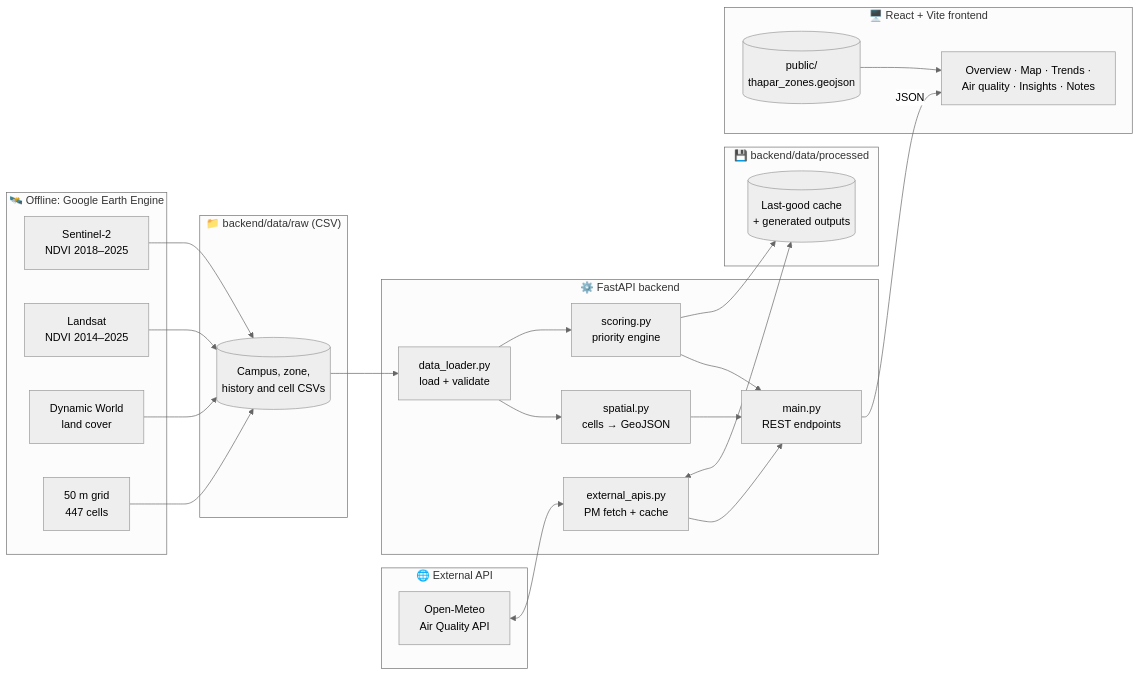
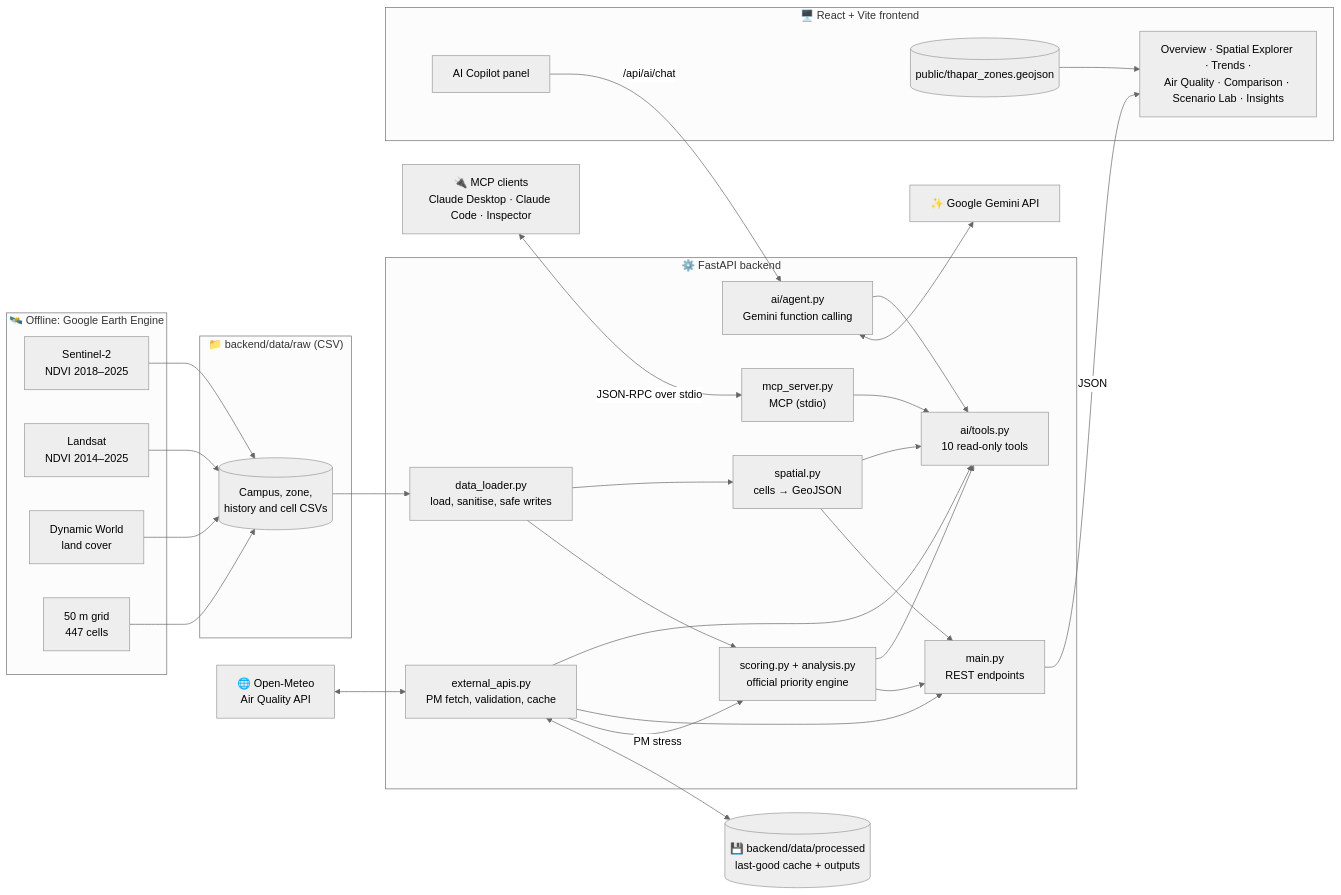
One commit to vijayshreepathak/GreenPulse-Ai changed the first of 4 diagrams in README.md. Above: the diagram before and after it, drawn with Mermaid (neutral theme). The commit also changed other lines of this file and 156 other files, not shown here.

First line of the commit message:
Premium dashboard, Gemini AI Copilot and MCP server

````diff
--- a/README.md
+++ b/README.md
@@ -142,43 +124,47 @@
 ```mermaid
 flowchart LR
     subgraph EO["🛰️ Offline: Google Earth Engine"]
         S2["Sentinel-2<br/>NDVI 2018–2025"]
         LS["Landsat<br/>NDVI 2014–2025"]
         DW["Dynamic World<br/>land cover"]
         GRID["50 m grid<br/>447 cells"]
     end
 
     subgraph RAW["📁 backend/data/raw (CSV)"]
         CSV[("Campus, zone,<br/>history and cell CSVs")]
     end
 
-    subgraph EXT["🌐 External API"]
-        OM["Open-Meteo<br/>Air Quality API"]
+    OM["🌐 Open-Meteo<br/>Air Quality API"]
+    GEM["✨ Google Gemini API"]
+
+    subgraph BE["⚙️ FastAPI backend"]
+        DL["data_loader.py<br/>load, sanitise, safe writes"]
+        SC["scoring.py + analysis.py<br/>official priority engine"]
+        SP["spatial.py<br/>cells → GeoJSON"]
+        EA["external_apis.py<br/>PM fetch, validation, cache"]
+        API["main.py<br/>REST endpoints"]
+        TOOLS["ai/tools.py<br/>10 read-only tools"]
+        AGENT["ai/agent.py<br/>Gemini function calling"]
+        MCPS["mcp_server.py<br/>MCP (stdio)"]
     end
 
-    subgraph BE["⚙️ FastAPI backend"]
-        DL["data_loader.py<br/>load + validate"]
-        SC["scoring.py<br/>priority engine"]
-        SP["spatial.py<br/>cells → GeoJSON"]
-        EA["external_apis.py<br/>PM fetch + cache"]
-        API["main.py<br/>REST endpoints"]
+    CACHE[("💾 backend/data/processed<br/>last-good cache + outputs")]
+
+    subgraph FE["🖥️ React + Vite frontend"]
+        UI["Overview · Spatial Explorer · Trends ·<br/>Air Quality · Comparison · Scenario Lab · Insights"]
+        COP["AI Copilot panel"]
+        GEO[("public/thapar_zones.geojson")]
     end
 
-    subgraph PROC["💾 backend/data/processed"]
-        CACHE[("Last-good cache<br/>+ generated outputs")]
-    end
+    EXT["🔌 MCP clients<br/>Claude Desktop · Claude Code · Inspector"]
 
-    subgraph FE["🖥️ React + Vite frontend"]
-        UI["Overview · Map · Trends ·<br/>Air quality · Insights · Notes"]
-        GEO[("public/<br/>thapar_zones.geojson")]
-    end
-
-    S2 & LS & DW & GRID --> CSV
-    CSV --> DL --> SC & SP
-    OM <--> EA
-    EA <--> CACHE
-    SC --> CACHE
-    SC & SP & EA --> API
-    API -- JSON --> UI
+    S2 & LS & DW & GRID --> CSV --> DL --> SC & SP
+    OM <--> EA <--> CACHE
+    EA -- "PM stress" --> SC
+    SC & SP & EA --> API -- JSON --> UI
+    SC & SP & EA --> TOOLS
+    COP -- "/api/ai/chat" --> AGENT <--> GEM
+    AGENT --> TOOLS
+    EXT <-- "JSON-RPC over stdio" --> MCPS --> TOOLS
     GEO --> UI
 ```
````
